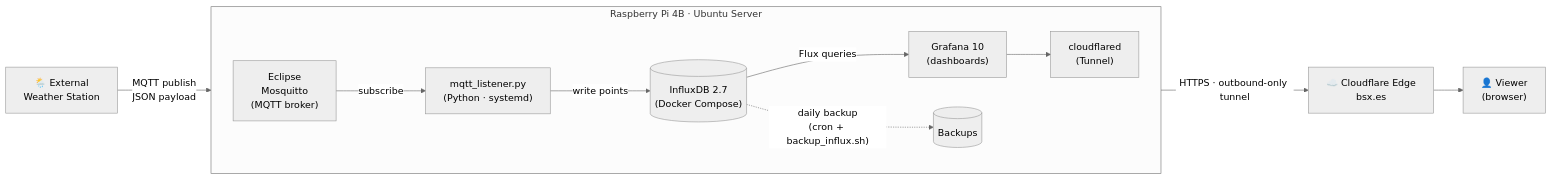
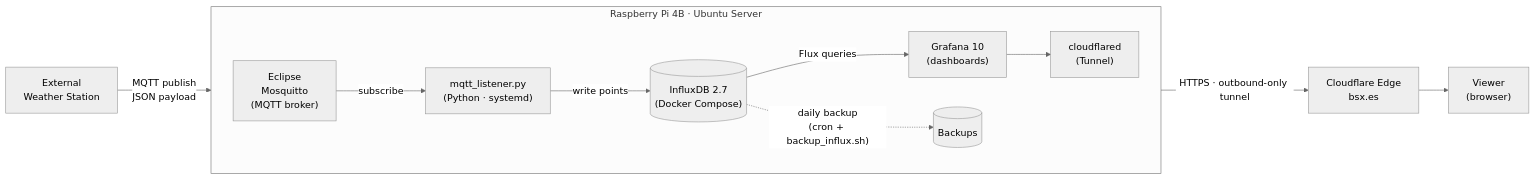
One commit to Aespinlo/weather-station-iot changed the diagram in README.md. Above: the diagram before and after it, drawn with Mermaid (neutral theme). The commit also changed other lines of this file, not shown here.

````diff
--- a/README.md
+++ b/README.md
@@ -68,17 +68,17 @@
 ```mermaid
 flowchart LR
-    WS["🌦️ External<br/>Weather Station"] -- "MQTT publish<br/>JSON payload" --> MB
+    WS["External<br/>Weather Station"] -- "MQTT publish<br/>JSON payload" --> MB
 
     subgraph RPI["Raspberry Pi 4B · Ubuntu Server"]
         direction LR
         MB["Eclipse<br/>Mosquitto<br/>(MQTT broker)"] -- "subscribe" --> PY["mqtt_listener.py<br/>(Python · systemd)"]
         PY -- "write points" --> DB[("InfluxDB 2.7<br/>(Docker Compose)")]
         DB -- "Flux queries" --> GF["Grafana 10<br/>(dashboards)"]
         DB -. "daily backup<br/>(cron + backup_influx.sh)" .-> BK[("Backups")]
         CF["cloudflared<br/>(Tunnel)"]
         GF --> CF
     end
 
-    CF -- "HTTPS · outbound-only tunnel" --> CFE["☁️ Cloudflare Edge<br/>bsx.es"]
-    CFE --> U["👤 Viewer<br/>(browser)"]
+    CF -- "HTTPS · outbound-only tunnel" --> CFE["Cloudflare Edge<br/>bsx.es"]
+    CFE --> U["Viewer<br/>(browser)"]
 ```
````
